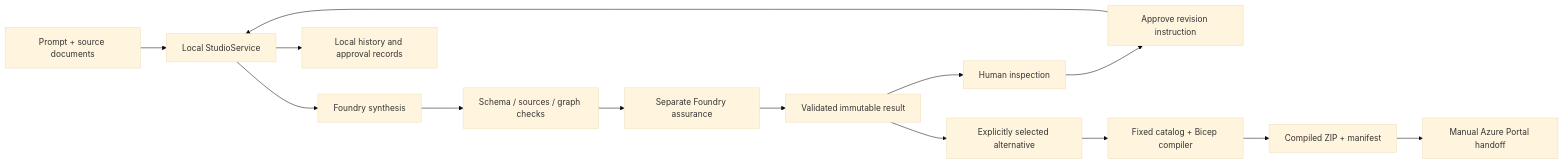
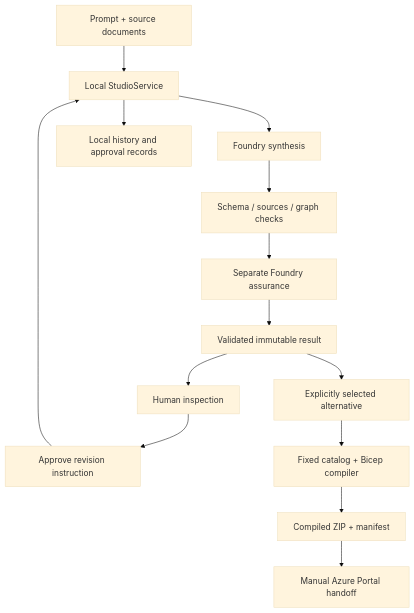
One commit to jvargh/hack26-IntentToImpact changed the diagram in README.md. Above: the diagram before and after it, drawn with Mermaid (base theme).

Commit message:
Improve workflow diagram readability

````diff
--- a/README.md
+++ b/README.md
@@ -70,16 +70,16 @@
 ```mermaid
-flowchart LR
+flowchart TD
     Input["Prompt + source documents"] --> Service["Local StudioService"]
     Service --> Synthesis["Foundry synthesis"]
     Synthesis --> Checks["Schema / sources / graph checks"]
     Checks --> Assurance["Separate Foundry assurance"]
     Assurance --> Result["Validated immutable result"]
     Result --> Inspect["Human inspection"]
     Inspect --> Revision["Approve revision instruction"]
     Revision --> Service
     Result --> Build["Explicitly selected alternative"]
     Build --> Catalog["Fixed catalog + Bicep compiler"]
     Catalog --> Package["Compiled ZIP + manifest"]
     Service --> History["Local history and approval records"]
     Package --> Handoff["Manual Azure Portal handoff"]
 ```
````
